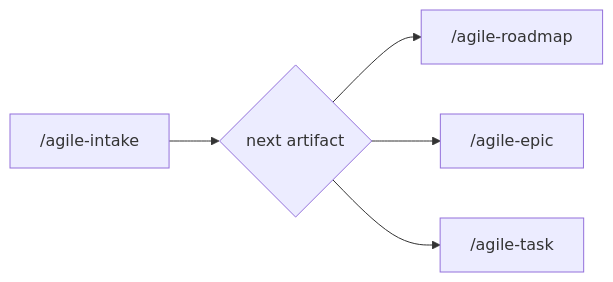
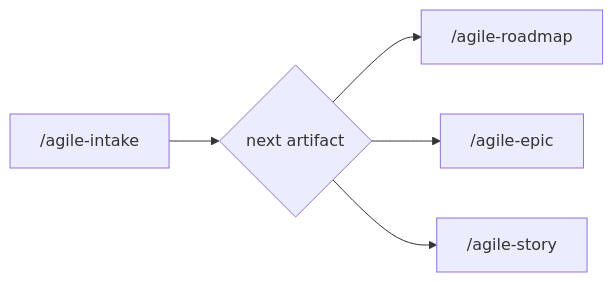
The diagram in skills/agile-intake/README.md (djalmajr/essential-skills), drawn with Mermaid before and after one commit. The commit also changed other lines of this file and 33 other files, not shown here.

First line of the commit message:
refactor(skills): rename agile-planning→agile-sprint, agile-task→agile-story

````diff
--- a/skills/agile-intake/README.md
+++ b/skills/agile-intake/README.md
@@ -67,7 +67,7 @@
 ```mermaid
 flowchart LR
     A["/agile-intake"] --> B{next artifact}
     B --> C["/agile-roadmap"]
     B --> D["/agile-epic"]
-    B --> E["/agile-task"]
+    B --> E["/agile-story"]
 ```
````
